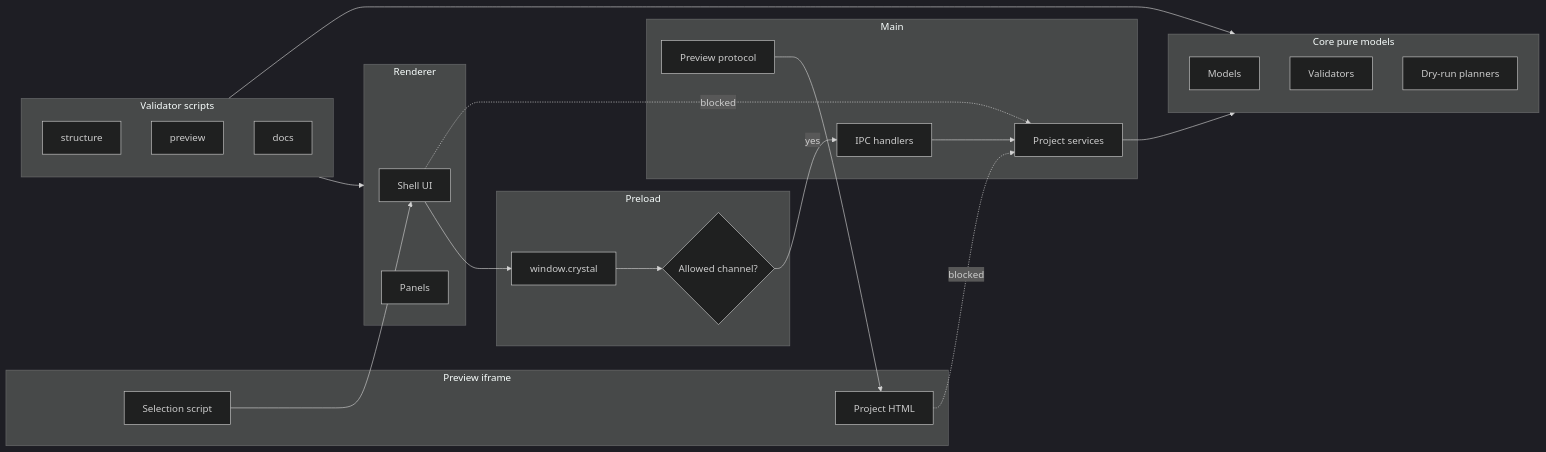
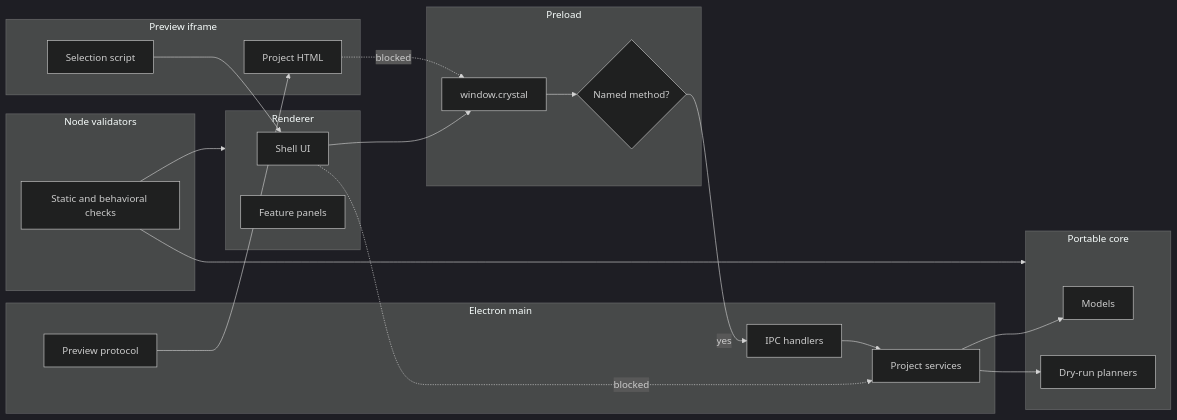
Before and after one commit to krestosa/Crystal: the diagram in docs/architecture/diagrams/runtime-boundaries.md, drawn with Mermaid (dark theme). The commit also changed other lines of this file and 60 other files, not shown here.

````diff
--- a/docs/architecture/diagrams/runtime-boundaries.md
+++ b/docs/architecture/diagrams/runtime-boundaries.md
@@ -57,44 +13,36 @@
 ```mermaid
-graph LR
+flowchart LR
   subgraph Renderer[Renderer]
     Shell[Shell UI]
-    Panels[Panels]
+    Panels[Feature panels]
   end
-
-  subgraph PreviewIframe[Preview iframe]
+  subgraph Preview[Preview iframe]
     Page[Project HTML]
-    SelectionScript[Selection script]
+    Select[Selection script]
   end
-
   subgraph Preload[Preload]
-    CrystalAPI[window.crystal]
-    ChannelGuard{Allowed channel?}
+    API[window.crystal]
+    Guard{Named method?}
   end
-
-  subgraph Main[Main]
+  subgraph Main[Electron main]
     IPC[IPC handlers]
     Services[Project services]
     Protocol[Preview protocol]
   end
-
-  subgraph Core[Core pure models]
+  subgraph Core[Portable core]
     Models[Models]
-    Validators[Validators]
     Planners[Dry-run planners]
   end
-
-  subgraph Validation[Validator scripts]
-    Structure[structure]
-    PreviewChecks[preview]
-    Docs[docs]
+  subgraph Validation[Node validators]
+    Checks[Static and behavioral checks]
   end
-
-  Shell --> CrystalAPI --> ChannelGuard
-  ChannelGuard -->|yes| IPC --> Services --> Core
+  Shell --> API --> Guard -->|yes| IPC --> Services
+  Services --> Models
+  Services --> Planners
   Protocol --> Page
-  SelectionScript --> Shell
-  Validation --> Renderer
-  Validation --> Core
+  Select --> Shell
+  Checks --> Renderer
+  Checks --> Core
   Shell -. blocked .-> Services
-  Page -. blocked .-> Services
+  Page -. blocked .-> API
 ```
````
